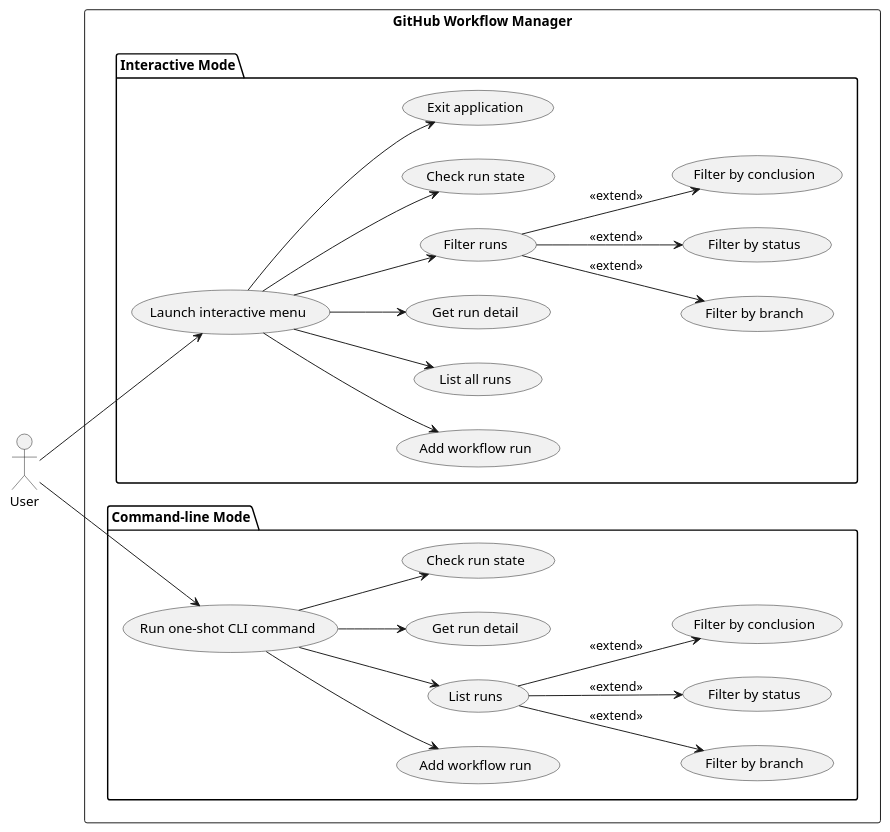
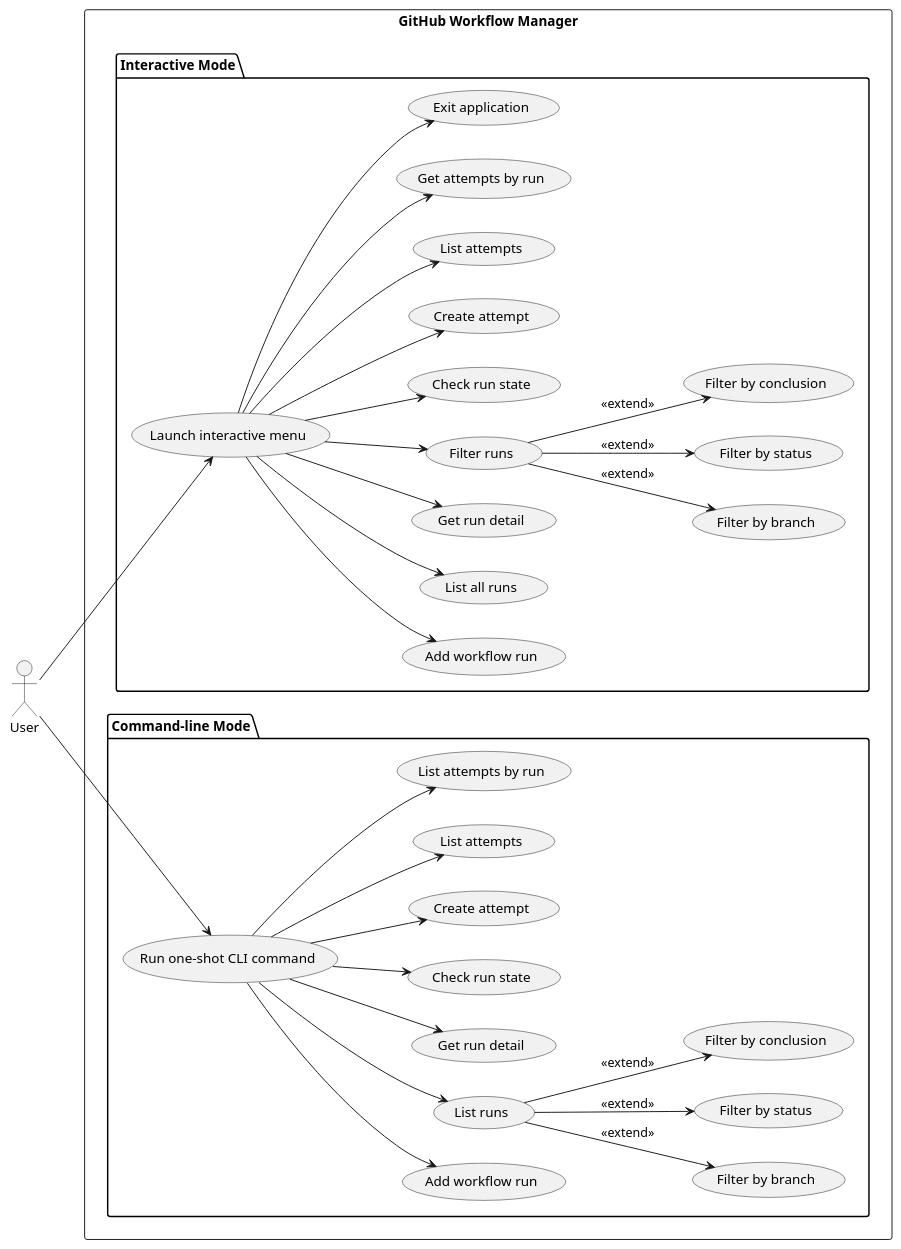
Before and after one commit to DanielRiha8906/Software_autoevolution_using_agents: the diagram in experiments/broadcast/structured_text/github-workflow-manager/artifacts/use_case_diagram.puml, drawn with PlantUML. The commit also changed 13 other files, not shown here.

```diff
--- a/experiments/broadcast/structured_text/github-workflow-manager/artifacts/use_case_diagram.puml
+++ b/experiments/broadcast/structured_text/github-workflow-manager/artifacts/use_case_diagram.puml
@@ -1,57 +1,69 @@
 @startuml use_case_diagram
 
 left to right direction
 
 actor User
 
 rectangle "GitHub Workflow Manager" {
 
   package "Interactive Mode" {
     usecase "Launch interactive menu"  as UI
     usecase "Add workflow run"         as I_ADD
     usecase "List all runs"            as I_LIST
     usecase "Get run detail"           as I_DETAIL
     usecase "Filter runs"              as I_FILTER
     usecase "Filter by branch"         as I_FBRANCH
     usecase "Filter by status"         as I_FSTATUS
     usecase "Filter by conclusion"     as I_FCONCL
     usecase "Check run state"          as I_CHECK
+    usecase "Create attempt"           as I_CREATE_ATT
+    usecase "List attempts"            as I_LIST_ATT
+    usecase "Get attempts by run"      as I_GET_ATT
     usecase "Exit application"         as I_EXIT
   }
 
   package "Command-line Mode" {
     usecase "Run one-shot CLI command" as CLI
     usecase "Add workflow run"         as C_ADD
     usecase "List runs"                as C_LIST
     usecase "Filter by branch"         as C_FBRANCH
     usecase "Filter by status"         as C_FSTATUS
     usecase "Filter by conclusion"     as C_FCONCL
     usecase "Get run detail"           as C_DETAIL
     usecase "Check run state"          as C_CHECK
+    usecase "Create attempt"           as C_CREATE_ATT
+    usecase "List attempts"            as C_LIST_ATT
+    usecase "List attempts by run"     as C_GET_ATT
   }
 }
 
 User --> UI
 User --> CLI
 
 UI --> I_ADD
 UI --> I_LIST
 UI --> I_DETAIL
 UI --> I_FILTER
 UI --> I_CHECK
+UI --> I_CREATE_ATT
+UI --> I_LIST_ATT
+UI --> I_GET_ATT
 UI --> I_EXIT
 
 I_FILTER --> I_FBRANCH  : <<extend>>
 I_FILTER --> I_FSTATUS  : <<extend>>
 I_FILTER --> I_FCONCL   : <<extend>>
 
 CLI --> C_ADD
 CLI --> C_LIST
 CLI --> C_DETAIL
 CLI --> C_CHECK
+CLI --> C_CREATE_ATT
+CLI --> C_LIST_ATT
+CLI --> C_GET_ATT
 
 C_LIST --> C_FBRANCH  : <<extend>>
 C_LIST --> C_FSTATUS  : <<extend>>
 C_LIST --> C_FCONCL   : <<extend>>
 
 @enduml
```
